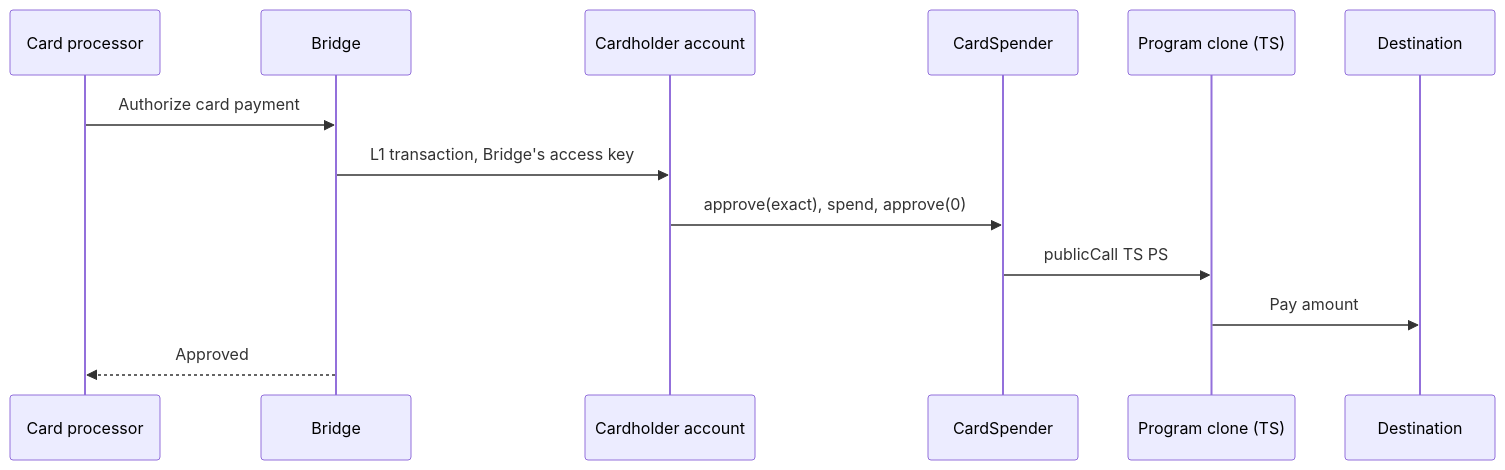
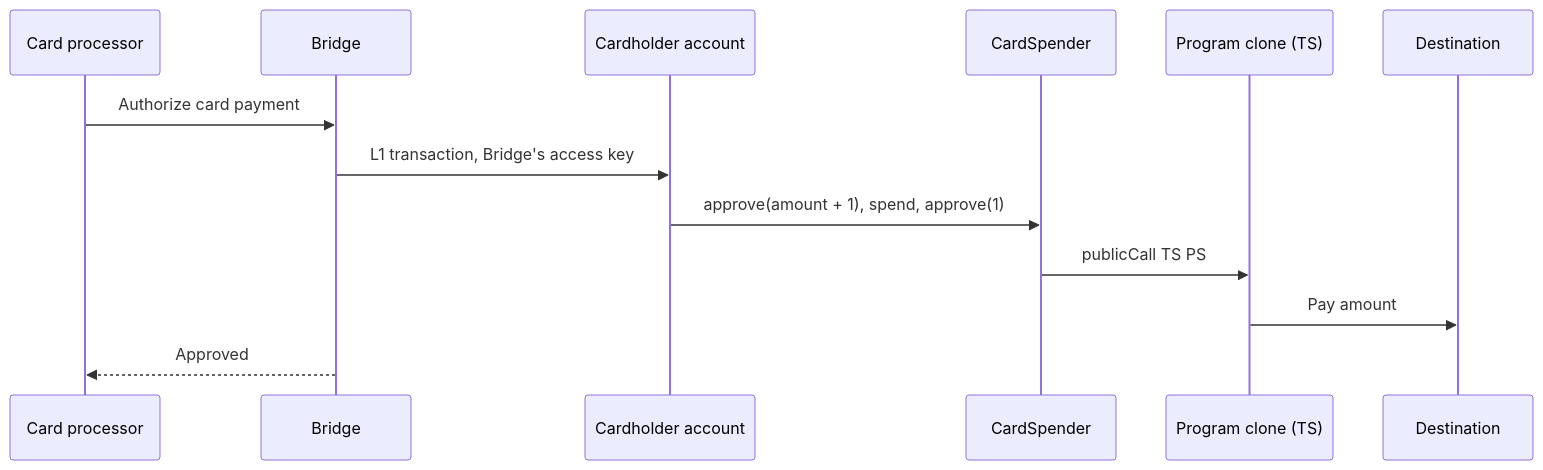
One commit to tempoxyz/contracts changed the first of 3 diagrams in docs/cards/bridge/design.md. Above: the diagram before and after it, drawn with Mermaid. The commit also changed other lines of this file and 21 other files, not shown here.

````diff
--- a/docs/cards/bridge/design.md
+++ b/docs/cards/bridge/design.md
@@ -118,15 +119,15 @@
 ```mermaid
 sequenceDiagram
     participant S as Card processor
     participant B as Bridge
     participant A as Cardholder account
     participant G as CardSpender
     participant C as Program clone (TS)
     participant D as Destination
     S->>B: Authorize card payment
     B->>A: L1 transaction, Bridge's access key
-    A->>G: approve(exact), spend, approve(0)
+    A->>G: approve(amount + 1), spend, approve(1)
     G->>C: publicCall TS PS
     C->>D: Pay amount
     B-->>S: Approved
 ```
````
